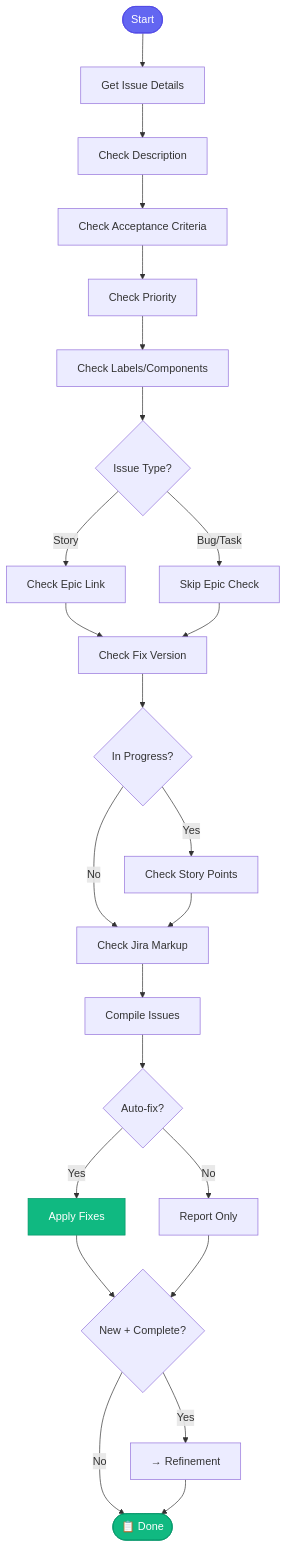
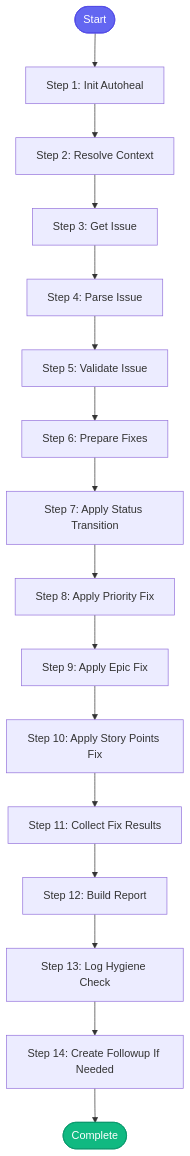
Before and after one commit to dmzoneill/redhat-ai-workflow: the diagram in docs/skills/jira_hygiene.md, drawn with Mermaid. The commit also changed other lines of this file and 49 other files, not shown here.

````diff
--- a/docs/skills/jira_hygiene.md
+++ b/docs/skills/jira_hygiene.md
@@ -31,37 +36,36 @@
 ```mermaid
 flowchart TD
-    START([Start]) --> GET[Get Issue Details]
-    GET --> DESC[Check Description]
-    DESC --> AC[Check Acceptance Criteria]
-    AC --> PRIORITY[Check Priority]
-    PRIORITY --> LABELS[Check Labels/Components]
-
-    LABELS --> TYPE{Issue Type?}
-    TYPE -->|Story| EPIC[Check Epic Link]
-    TYPE -->|Bug/Task| SKIP_EPIC[Skip Epic Check]
-
-    EPIC --> VERSION
-    SKIP_EPIC --> VERSION
-
-    VERSION[Check Fix Version] --> STATUS{In Progress?}
-    STATUS -->|Yes| POINTS[Check Story Points]
-    STATUS -->|No| MARKUP
-    POINTS --> MARKUP
-
-    MARKUP[Check Jira Markup] --> COMPILE[Compile Issues]
-
-    COMPILE --> FIX{Auto-fix?}
-    FIX -->|Yes| APPLY[Apply Fixes]
-    FIX -->|No| REPORT[Report Only]
-
-    APPLY --> TRANSITION{New + Complete?}
-    REPORT --> TRANSITION
-
-    TRANSITION -->|Yes| MOVE[→ Refinement]
-    TRANSITION -->|No| DONE
-    MOVE --> DONE([📋 Done])
+    START([Start])
+    STEP1[Step 1: Init Autoheal]
+    START --> STEP1
+    STEP2[Step 2: Resolve Context]
+    STEP1 --> STEP2
+    STEP3[Step 3: Get Issue]
+    STEP2 --> STEP3
+    STEP4[Step 4: Parse Issue]
+    STEP3 --> STEP4
+    STEP5[Step 5: Validate Issue]
+    STEP4 --> STEP5
+    STEP6[Step 6: Prepare Fixes]
+    STEP5 --> STEP6
+    STEP7[Step 7: Apply Status Transition]
+    STEP6 --> STEP7
+    STEP8[Step 8: Apply Priority Fix]
+    STEP7 --> STEP8
+    STEP9[Step 9: Apply Epic Fix]
+    STEP8 --> STEP9
+    STEP10[Step 10: Apply Story Points Fix]
+    STEP9 --> STEP10
+    STEP11[Step 11: Collect Fix Results]
+    STEP10 --> STEP11
+    STEP12[Step 12: Build Report]
+    STEP11 --> STEP12
+    STEP13[Step 13: Log Hygiene Check]
+    STEP12 --> STEP13
+    STEP14[Step 14: Create Followup If Needed]
+    STEP13 --> STEP14
+    STEP14 --> DONE([Complete])
 
     style START fill:#6366f1,stroke:#4f46e5,color:#fff
     style DONE fill:#10b981,stroke:#059669,color:#fff
-    style APPLY fill:#10b981,stroke:#059669,color:#fff
 ```
````
